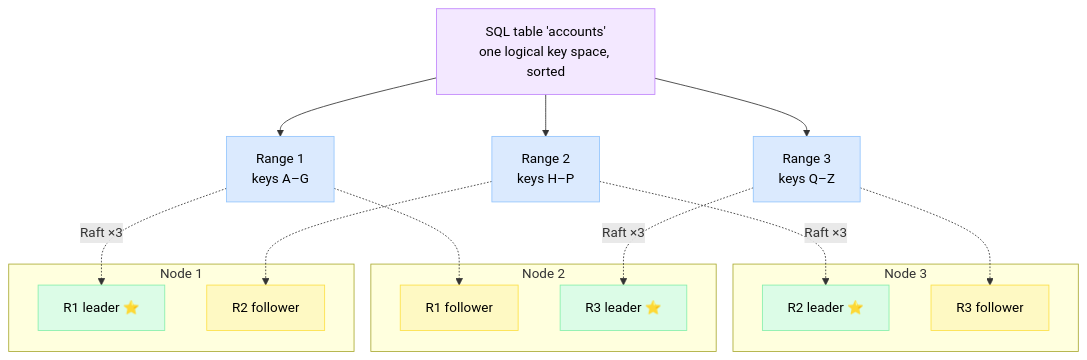
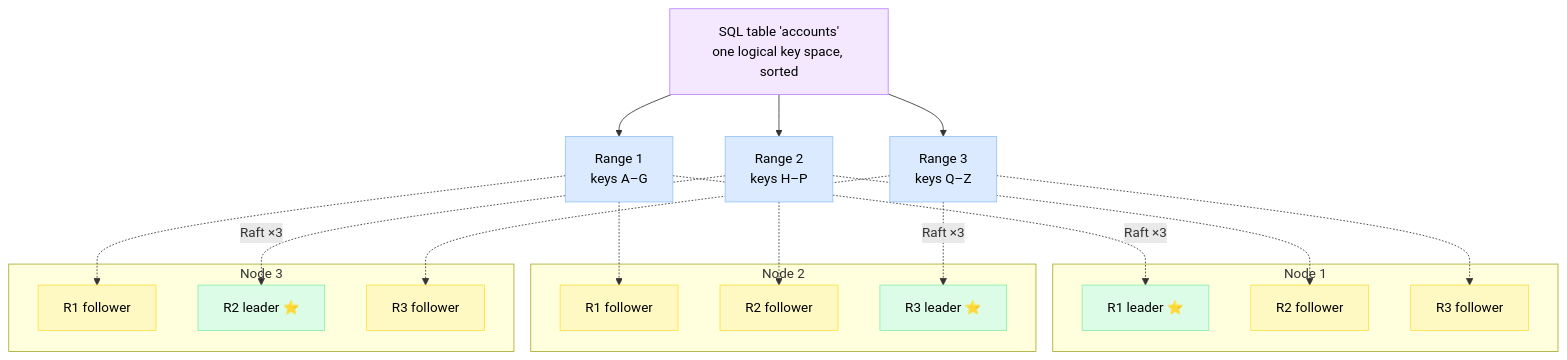
One commit to Ankan1998/learn-system-design changed the fifth of 6 diagrams in Level-07-Big-Data-and-Specialized/08-Specialized-Databases/README.md. Above: the diagram before and after it, drawn with Mermaid. The commit also changed other lines of this file and 139 other files, not shown here.

````diff
--- a/Level-07-Big-Data-and-Specialized/08-Specialized-Databases/README.md
+++ b/Level-07-Big-Data-and-Specialized/08-Specialized-Databases/README.md
@@ -183,33 +183,39 @@
 ```mermaid
 flowchart TB
     T["SQL table 'accounts'<br/>one logical key space, sorted"] --> R1["Range 1<br/>keys A–G"]
     T --> R2["Range 2<br/>keys H–P"]
     T --> R3["Range 3<br/>keys Q–Z"]
     subgraph N1["Node 1"]
         R1a["R1 leader ⭐"]
         R2c["R2 follower"]
+        R3c["R3 follower"]
     end
     subgraph N2["Node 2"]
         R1b["R1 follower"]
+        R2b["R2 follower"]
         R3a["R3 leader ⭐"]
     end
     subgraph N3["Node 3"]
+        R1c["R1 follower"]
         R2a["R2 leader ⭐"]
         R3b["R3 follower"]
     end
     R1 -.->|"Raft ×3"| R1a
     R1 -.-> R1b
+    R1 -.-> R1c
     R2 -.->|"Raft ×3"| R2a
+    R2 -.-> R2b
     R2 -.-> R2c
     R3 -.->|"Raft ×3"| R3a
     R3 -.-> R3b
+    R3 -.-> R3c
 
     classDef tbl fill:#f3e8ff,stroke:#c084fc,color:#000
     classDef rng fill:#dbeafe,stroke:#93c5fd,color:#000
     classDef ldr fill:#dcfce7,stroke:#86efac,color:#000
     classDef fol fill:#fef9c3,stroke:#fde047,color:#000
     class T tbl
     class R1,R2,R3 rng
     class R1a,R2a,R3a ldr
-    class R1b,R2c,R3b fol
+    class R1b,R1c,R2b,R2c,R3b,R3c fol
 ```
````
